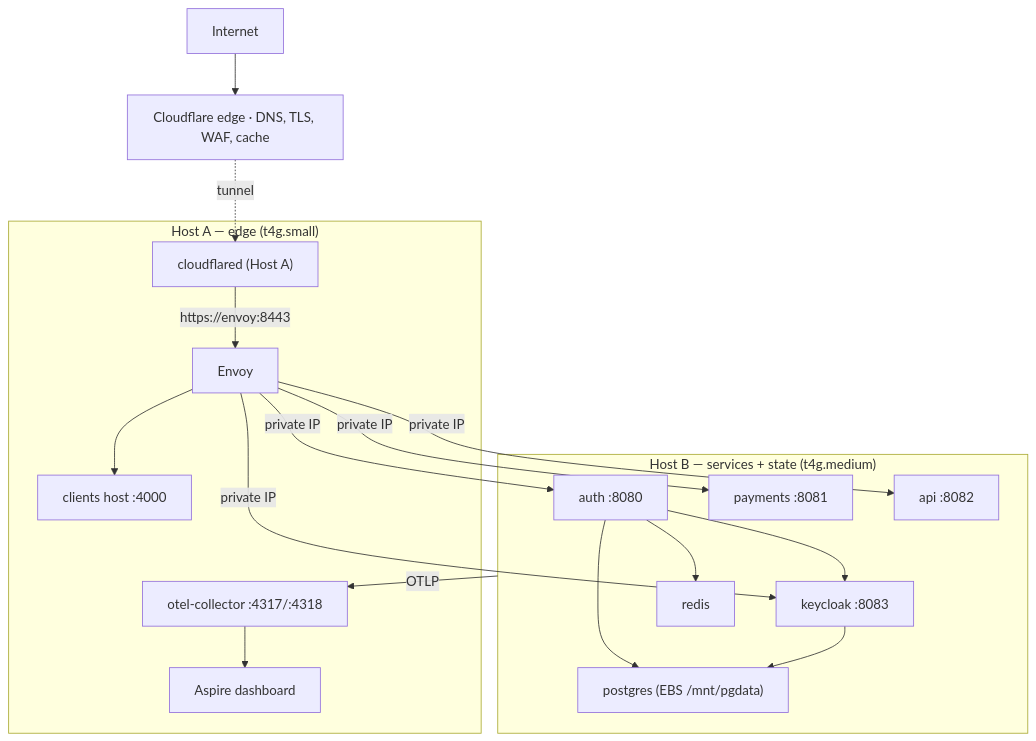
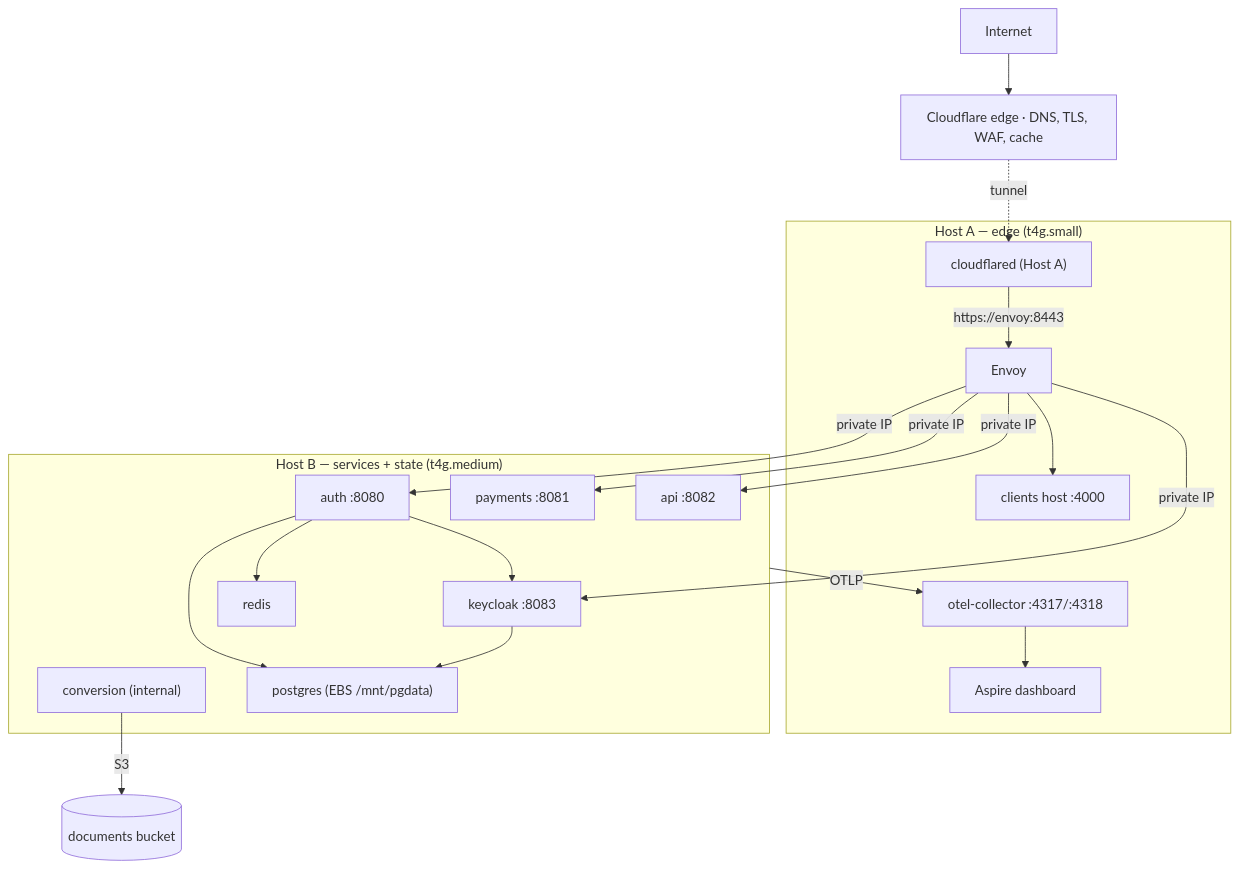
Before and after one commit to duncan-G/ProtoFast: the second of 2 diagrams in docs/01-topology.md, drawn with Mermaid. The commit also changed other lines of this file and 36 other files, not shown here.

````diff
--- a/docs/01-topology.md
+++ b/docs/01-topology.md
@@ -62,30 +63,32 @@
 ```mermaid
 graph TD
     Internet --> CF["Cloudflare edge · DNS, TLS, WAF, cache"]
     CF -.->|tunnel| CFD["cloudflared (Host A)"]
     CFD -->|https://envoy:8443| Envoy
 
     subgraph HostA["Host A — edge (t4g.small)"]
         CFD
         Envoy
         ClientsHost["clients host :4000"]
         OtelA["otel-collector :4317/:4318"]
         Dash["Aspire dashboard"]
     end
 
     subgraph HostB["Host B — services + state (t4g.medium)"]
         AuthB["auth :8080"]
         PayB["payments :8081"]
         ApiB["api :8082"]
+        ConvB["conversion (internal)"]
         KCB["keycloak :8083"]
         PGB["postgres (EBS /mnt/pgdata)"]
         RedisB["redis"]
     end
 
     Envoy --> ClientsHost
     Envoy -->|private IP| AuthB & PayB & ApiB & KCB
     AuthB --> RedisB & PGB & KCB
     KCB --> PGB
+    ConvB -->|S3| Docs[(documents bucket)]
     HostB -->|OTLP| OtelA
     OtelA --> Dash
 ```
````
